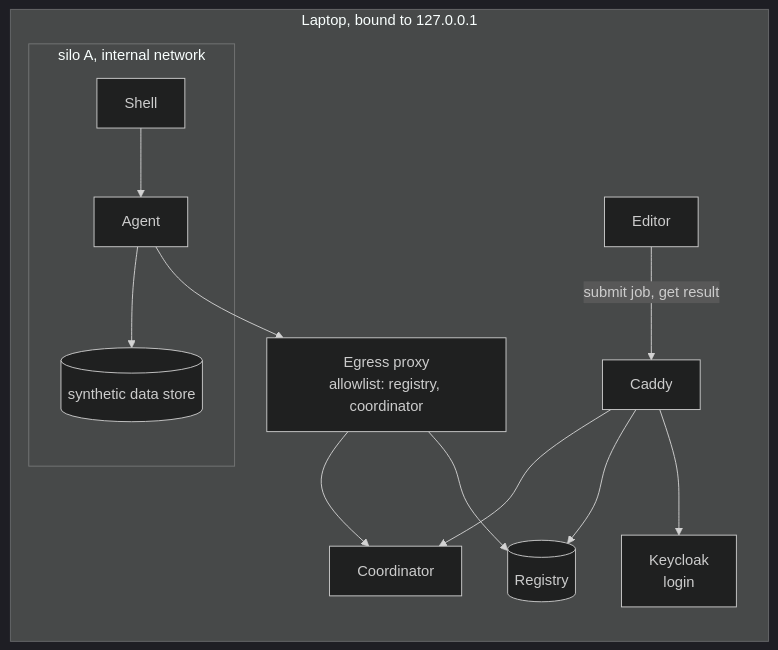
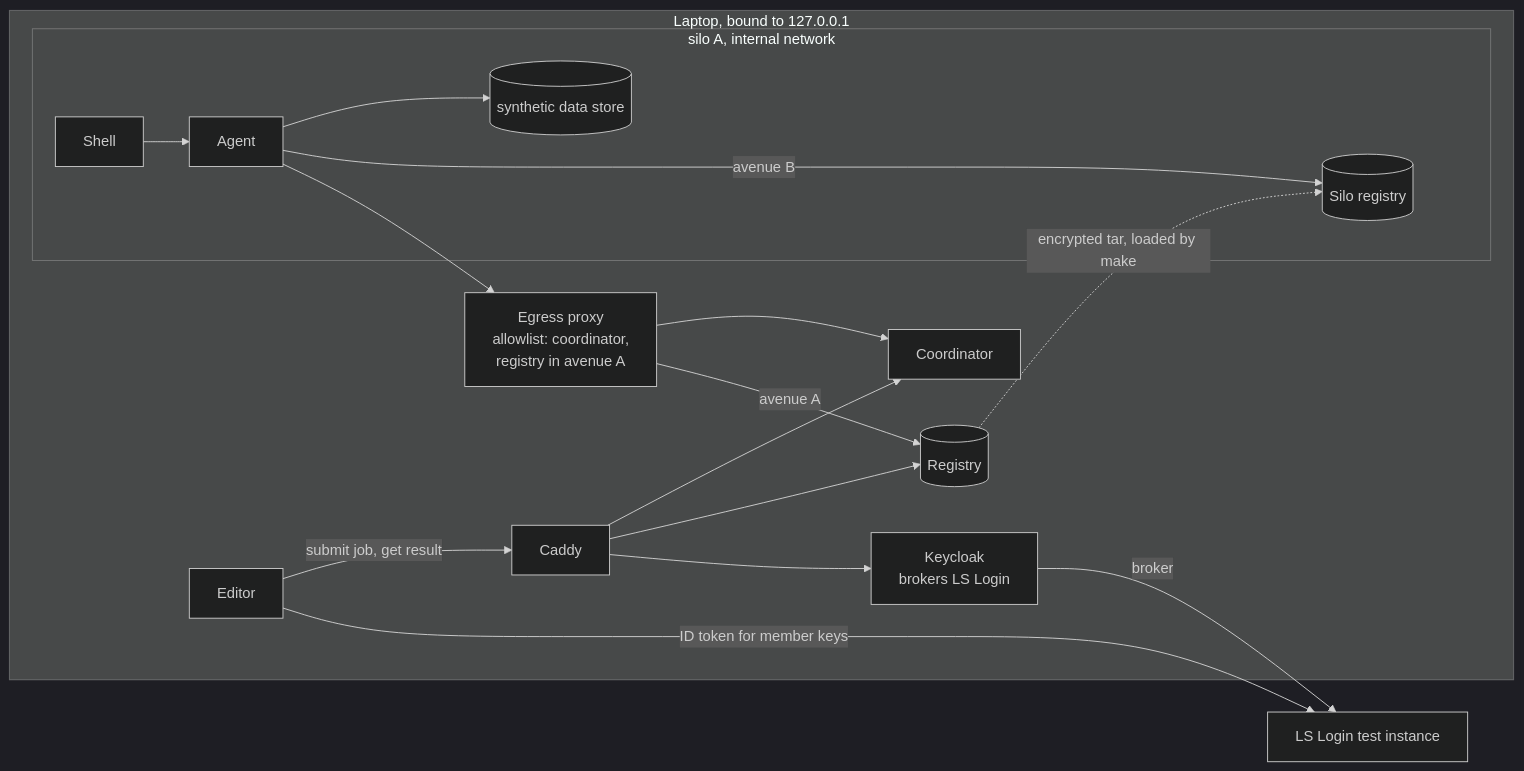
The diagram in docs/local-build.md (ieeta-pt/biochef-infra), drawn with Mermaid (dark theme) before and after one commit. The commit also changed other lines of this file and 13 other files, not shown here.

````diff
--- a/docs/local-build.md
+++ b/docs/local-build.md
@@ -28,16 +34,20 @@
 ```mermaid
 flowchart LR
   subgraph LAPTOP["Laptop, bound to 127.0.0.1"]
     E["Editor"] -->|"submit job, get result"| C["Caddy"]
     C --> COORD["Coordinator"]
     C --> REG[("Registry")]
-    C --> KC["Keycloak<br/>login"]
+    C --> KC["Keycloak<br/>brokers LS Login"]
     subgraph SILO["silo A, internal network"]
       SH["Shell"] --> AG["Agent"]
       AG --> DATA[("synthetic data store")]
+      AG -->|"avenue B"| SREG[("Silo registry")]
     end
-    AG --> EG["Egress proxy<br/>allowlist: registry, coordinator"]
+    AG --> EG["Egress proxy<br/>allowlist: coordinator,<br/>registry in avenue A"]
     EG --> COORD
-    EG --> REG
+    EG -->|"avenue A"| REG
+    REG -.->|"encrypted tar, loaded by make"| SREG
   end
+  KC -->|"broker"| LSL["LS Login test instance"]
+  E -->|"ID token for member keys"| LSL
 ```
````
